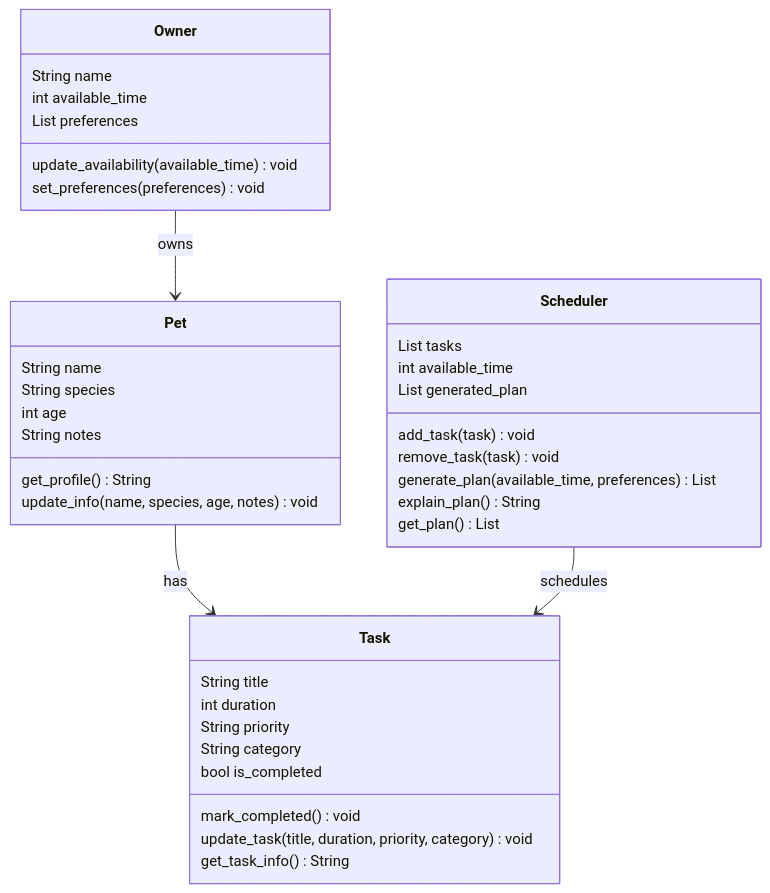
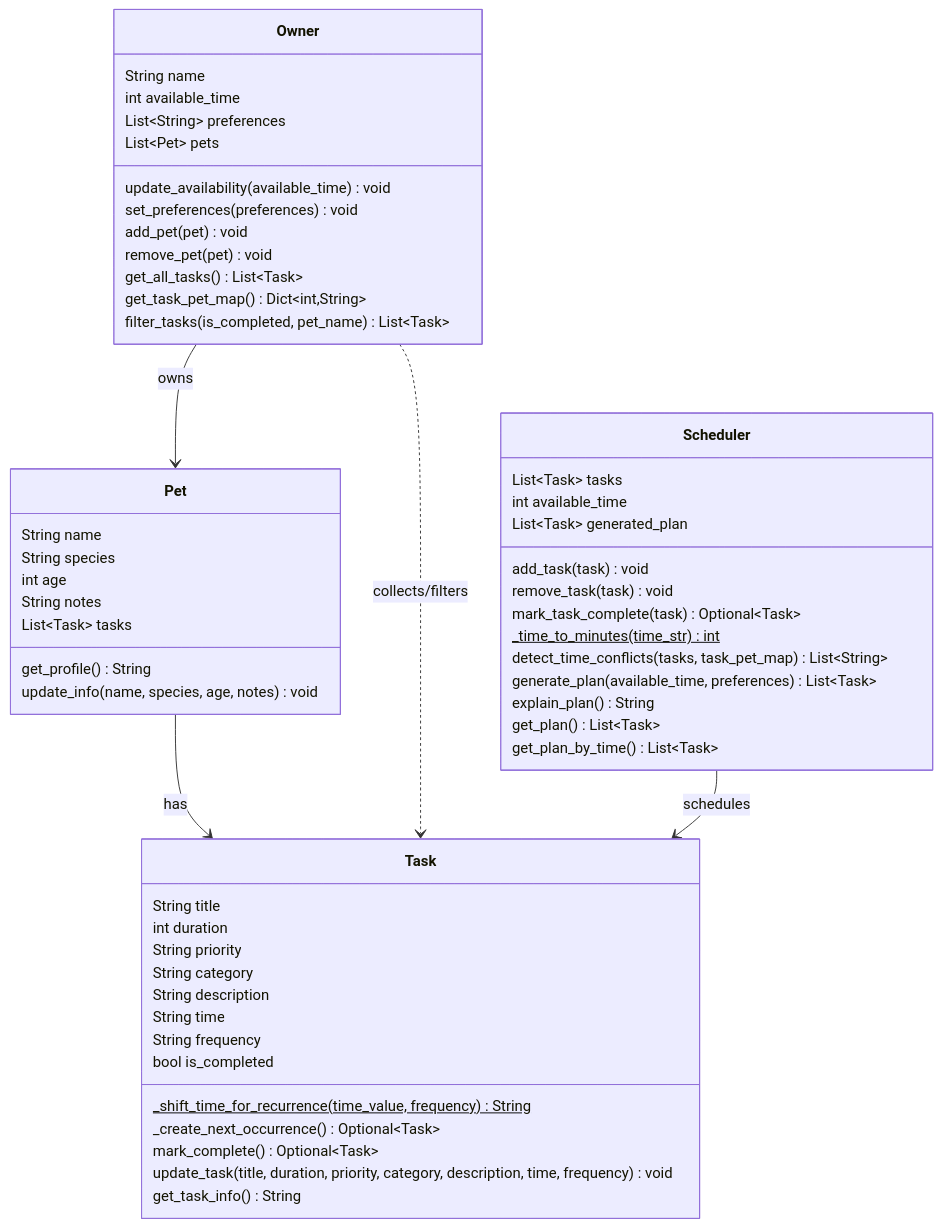
One commit to jh0619/ai110-module2show-pawpal-starter changed the diagram in diagram.md. Above: the diagram before and after it, drawn with Mermaid. The commit also changed 16818 other files, not shown here.

````diff
--- a/diagram.md
+++ b/diagram.md
@@ -3,45 +3,62 @@
 ```mermaid
 classDiagram
 	class Pet {
 		String name
 		String species
 		int age
 		String notes
+		List~Task~ tasks
 		get_profile() String
 		update_info(name, species, age, notes) void
 	}
 
 	class Owner {
 		String name
 		int available_time
-		List preferences
+		List~String~ preferences
+		List~Pet~ pets
 		update_availability(available_time) void
 		set_preferences(preferences) void
+		add_pet(pet) void
+		remove_pet(pet) void
+		get_all_tasks() List~Task~
+		get_task_pet_map() Dict~int,String~
+		filter_tasks(is_completed, pet_name) List~Task~
 	}
 
 	class Task {
 		String title
 		int duration
 		String priority
 		String category
+		String description
+		String time
+		String frequency
 		bool is_completed
-		mark_completed() void
-		update_task(title, duration, priority, category) void
+		_shift_time_for_recurrence(time_value, frequency)$ String
+		_create_next_occurrence() Optional~Task~
+		mark_complete() Optional~Task~
+		update_task(title, duration, priority, category, description, time, frequency) void
 		get_task_info() String
 	}
 
 	class Scheduler {
-		List tasks
+		List~Task~ tasks
 		int available_time
-		List generated_plan
+		List~Task~ generated_plan
 		add_task(task) void
 		remove_task(task) void
-		generate_plan(available_time, preferences) List
+		mark_task_complete(task) Optional~Task~
+		_time_to_minutes(time_str)$ int
+		detect_time_conflicts(tasks, task_pet_map) List~String~
+		generate_plan(available_time, preferences) List~Task~
 		explain_plan() String
-		get_plan() List
+		get_plan() List~Task~
+		get_plan_by_time() List~Task~
 	}
 
 	Owner --> Pet : owns
 	Pet --> Task : has
+	Owner ..> Task : collects/filters
 	Scheduler --> Task : schedules
 ```
````
